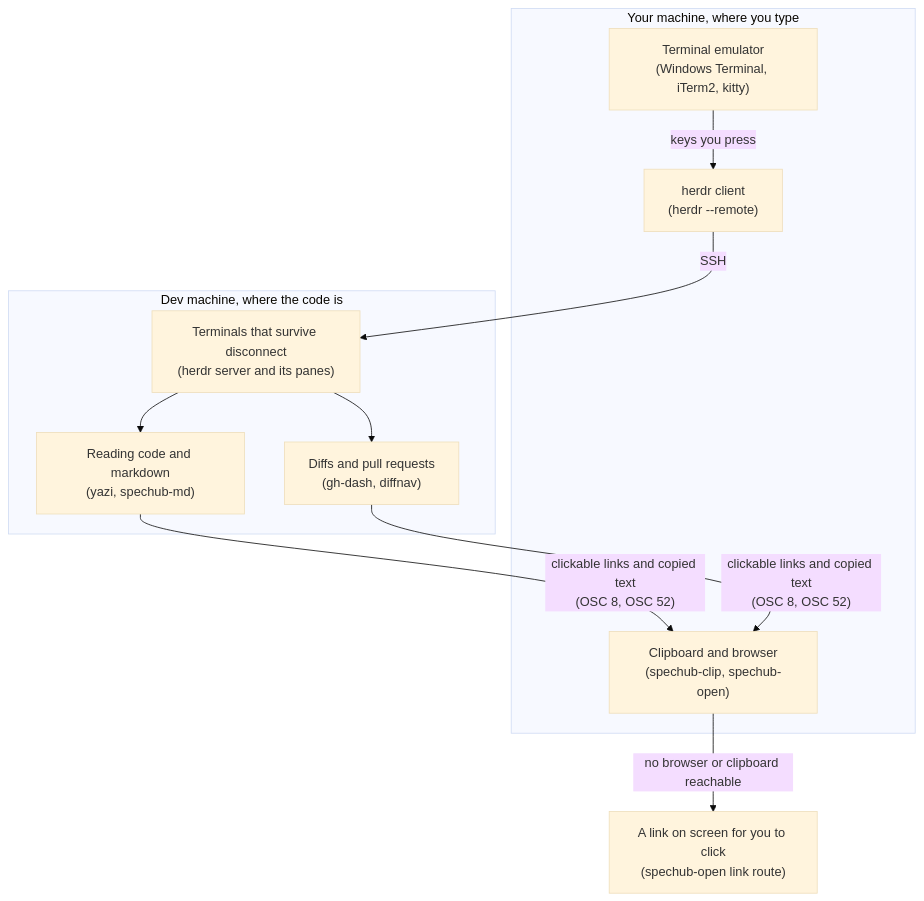
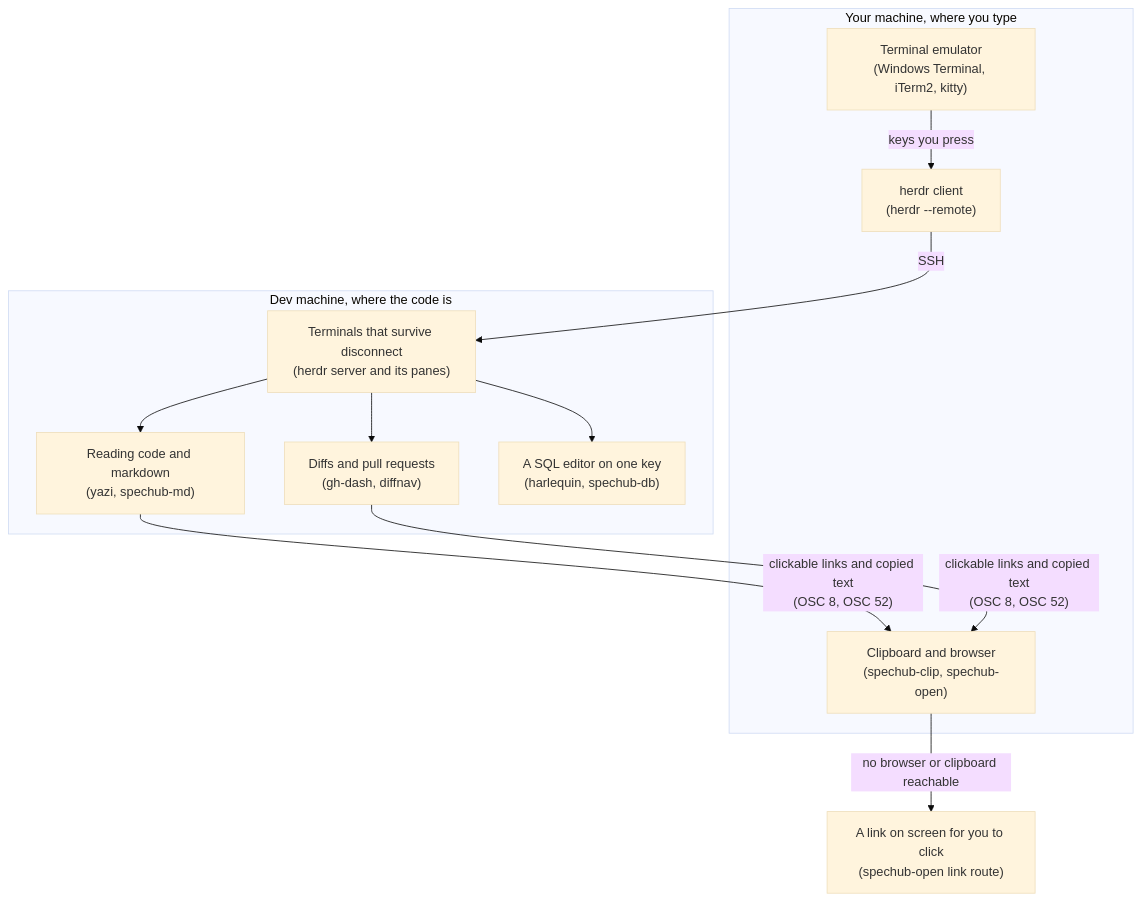
The diagram in docs/terminal-workspace.md (ac8318740/spechub), drawn with Mermaid (base theme) before and after one commit. The commit also changed other lines of this file and 11 other files, not shown here.

````diff
--- a/docs/terminal-workspace.md
+++ b/docs/terminal-workspace.md
@@ -25,20 +25,22 @@
 ```mermaid
 flowchart TD
     subgraph yours["Your machine, where you type"]
         EM["Terminal emulator<br/>(Windows Terminal, iTerm2, kitty)"]
         CL["herdr client<br/>(herdr --remote)"]
         OUT["Clipboard and browser<br/>(spechub-clip, spechub-open)"]
     end
     subgraph dev["Dev machine, where the code is"]
         SRV["Terminals that survive disconnect<br/>(herdr server and its panes)"]
         RD["Reading code and markdown<br/>(yazi, spechub-md)"]
         PR["Diffs and pull requests<br/>(gh-dash, diffnav)"]
+        DB["A SQL editor on one key<br/>(harlequin, spechub-db)"]
     end
     EM -->|"keys you press"| CL
     CL -->|"SSH"| SRV
     SRV --> RD
     SRV --> PR
+    SRV --> DB
     RD -->|"clickable links and copied text<br/>(OSC 8, OSC 52)"| OUT
     PR -->|"clickable links and copied text<br/>(OSC 8, OSC 52)"| OUT
     OUT -->|"no browser or clipboard reachable"| FB["A link on screen for you to click<br/>(spechub-open link route)"]
 ```
````
